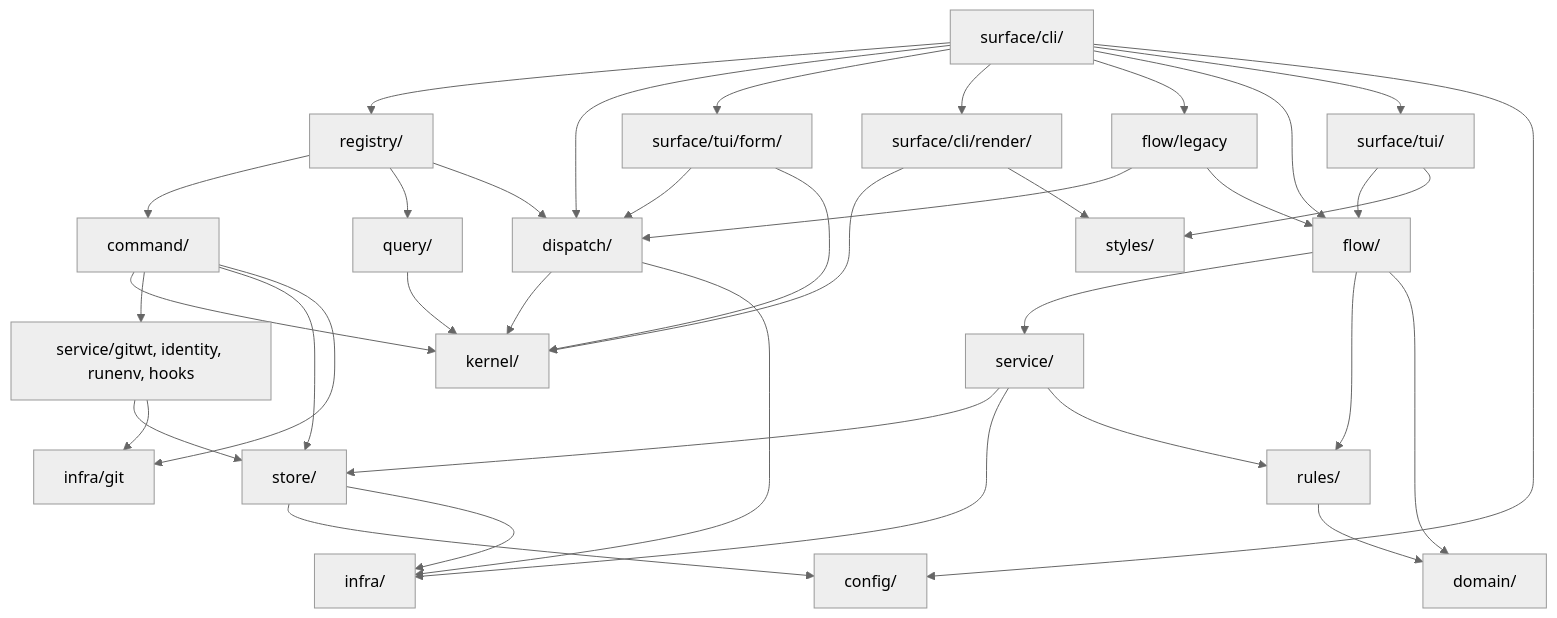
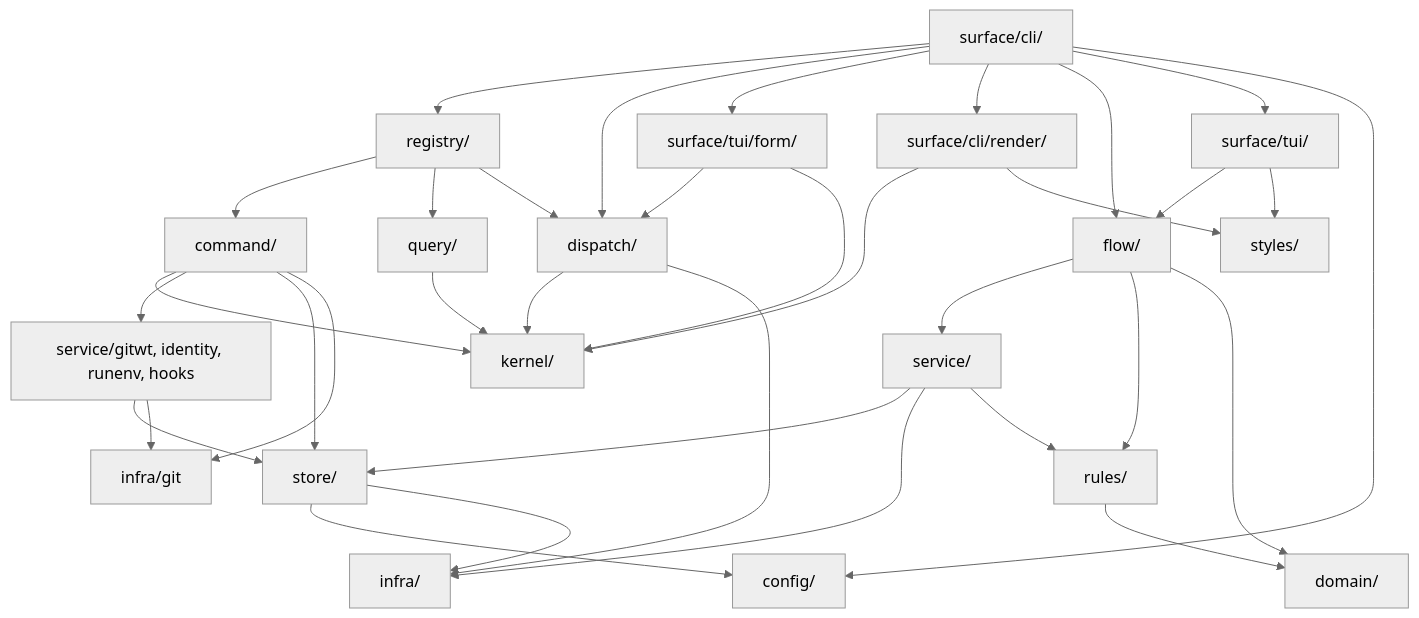
One commit to LucasPcq/wtm changed the diagram in docs/dev/architecture.md. Above: the diagram before and after it, drawn with Mermaid (neutral theme). The commit also changed other lines of this file and 11 other files, not shown here.

First line of the commit message:
refactor(archlint): no flow/legacy bridge (LUC-308)

````diff
--- a/docs/dev/architecture.md
+++ b/docs/dev/architecture.md
@@ -188,40 +185,37 @@
 ```mermaid
 flowchart TD
   cli["surface/cli/"] --> registry["registry/"]
   cli --> dispatch["dispatch/"]
   cli --> form["surface/tui/form/"]
   cli --> output["surface/cli/render/"]
-  cli --> legacy["flow/legacy"]
   cli --> flow["flow/"]
   cli --> tui["surface/tui/"]
   cli --> config["config/"]
   registry --> command["command/"]
   registry --> query["query/"]
   registry --> dispatch
   form --> dispatch
   form --> kernel
   output --> kernel["kernel/"]
-  legacy --> dispatch
-  legacy --> flow
   dispatch --> kernel
   dispatch --> infra["infra/"]
   command --> kernel
   command --> engineservices["service/gitwt, identity, runenv, hooks"]
   command --> store["store/"]
   command --> git["infra/git"]
   query --> kernel
   engineservices --> store
   engineservices --> git
   tui --> flow
   flow --> service["service/"]
   flow --> rules["rules/"]
   service --> store
   service --> infra
   service --> rules
   flow --> domain
   store --> config
   store --> infra
   rules --> domain["domain/"]
   output --> styles["styles/"]
   tui --> styles
 ```
````
